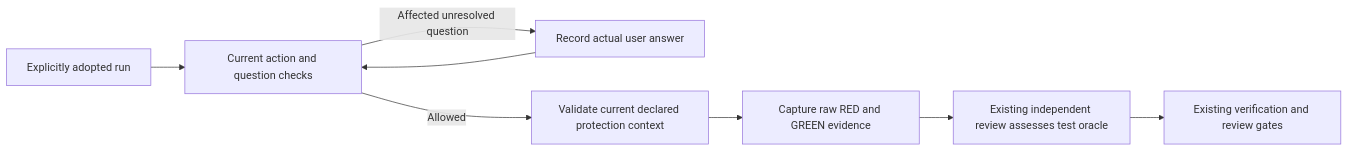
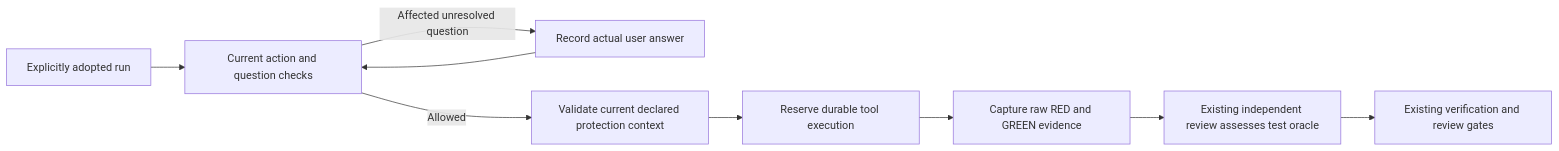
The second of 2 diagrams in skills/build-work/GUIDE.md (wgentil/devflow), drawn with Mermaid before and after one commit. The commit also changed other lines of this file and 45 other files, not shown here.

````diff
--- a/skills/build-work/GUIDE.md
+++ b/skills/build-work/GUIDE.md
@@ -145,10 +147,11 @@
 ```mermaid
 flowchart LR
     Adopt[Explicitly adopted run] --> Check[Current action and question checks]
     Check -->|Affected unresolved question| Ask[Record actual user answer]
     Ask --> Check
     Check -->|Allowed| Protect[Validate current declared protection context]
-    Protect --> Capture[Capture raw RED and GREEN evidence]
+    Protect --> Claim[Reserve durable tool execution]
+    Claim --> Capture[Capture raw RED and GREEN evidence]
     Capture --> Review[Existing independent review assesses test oracle]
     Review --> Existing[Existing verification and review gates]
 ```
````
